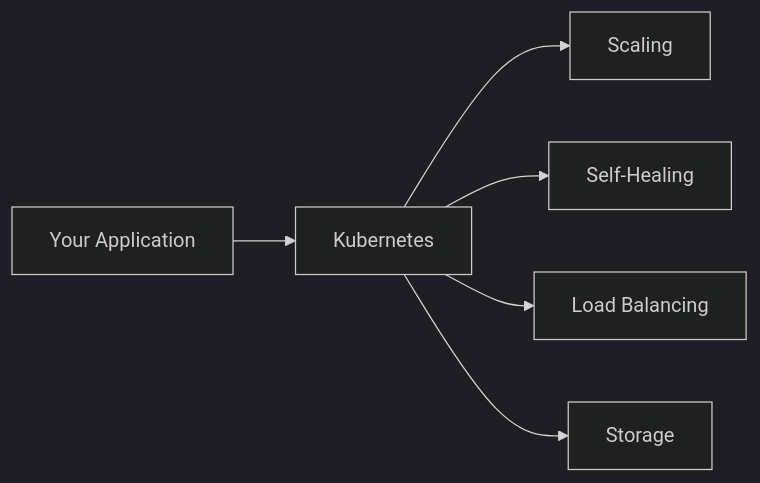
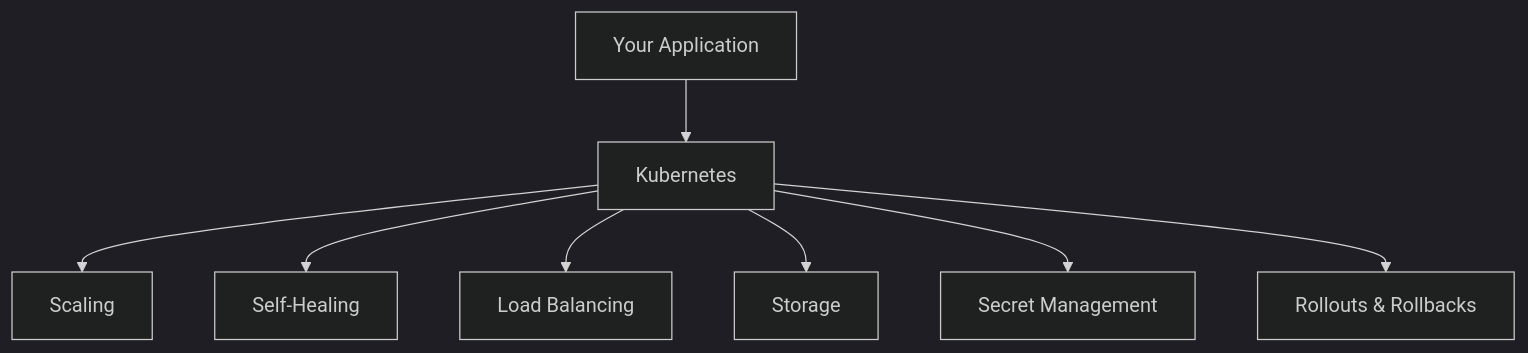
Before and after one commit to Antoine-Flo/kube-mastery: the diagram in src/courses/modules/overview/02-concepts-fondamentaux/01-what-is-kubernetes/en/content.md, drawn with Mermaid (dark theme). The commit also changed other lines of this file and 290 other files, not shown here.

````diff
--- a/src/courses/modules/overview/02-concepts-fondamentaux/01-what-is-kubernetes/en/content.md
+++ b/src/courses/modules/overview/02-concepts-fondamentaux/01-what-is-kubernetes/en/content.md
@@ -32,8 +30,10 @@
 ```mermaid
-graph LR
-    A[Your Application] --> B[Kubernetes]
-    B --> C[Scaling]
-    B --> D[Self-Healing]
-    B --> E[Load Balancing]
-    B --> F[Storage]
+flowchart TB
+    App["Your Application"] --> K8s["Kubernetes"]
+    K8s --> S1["Scaling"]
+    K8s --> S2["Self-Healing"]
+    K8s --> S3["Load Balancing"]
+    K8s --> S4["Storage"]
+    K8s --> S5["Secret Management"]
+    K8s --> S6["Rollouts & Rollbacks"]
 ```
````
